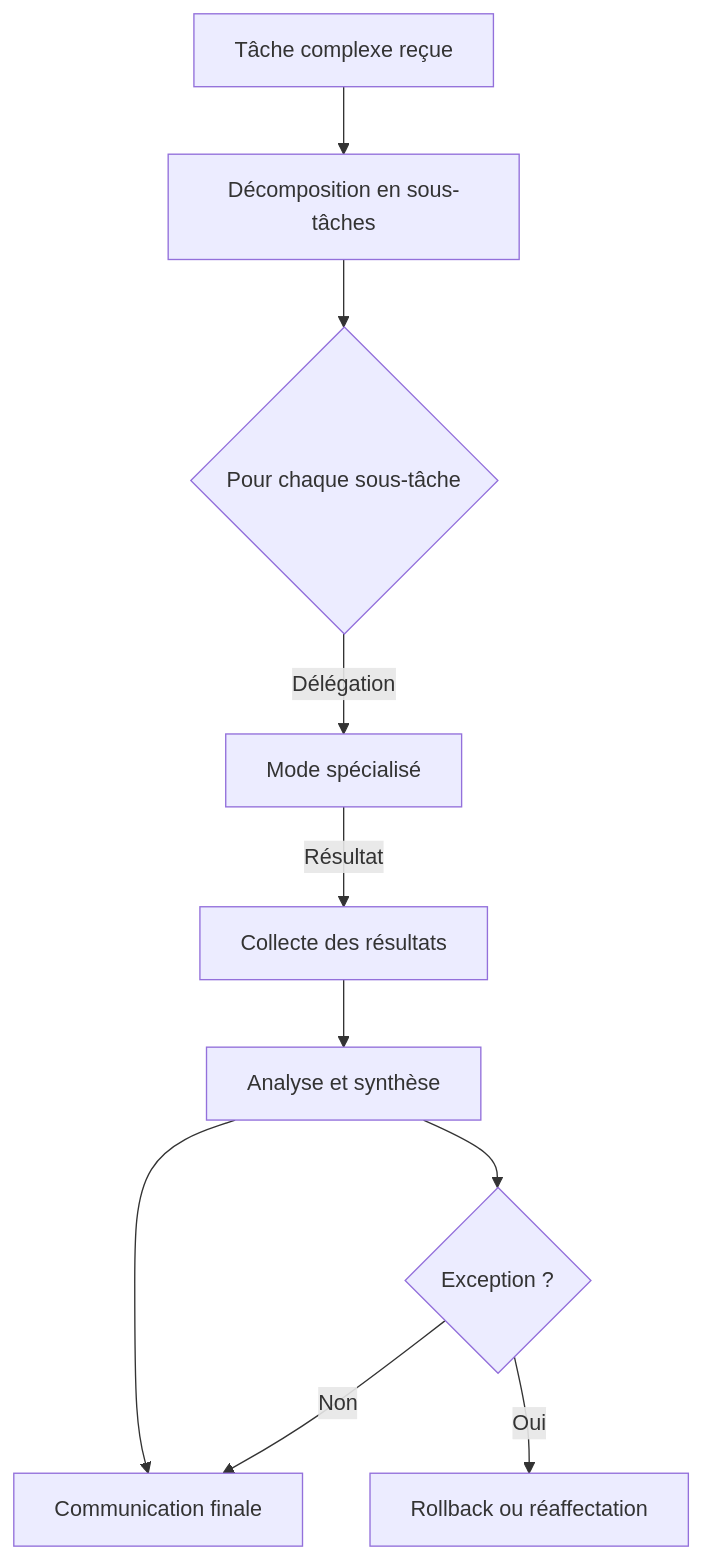
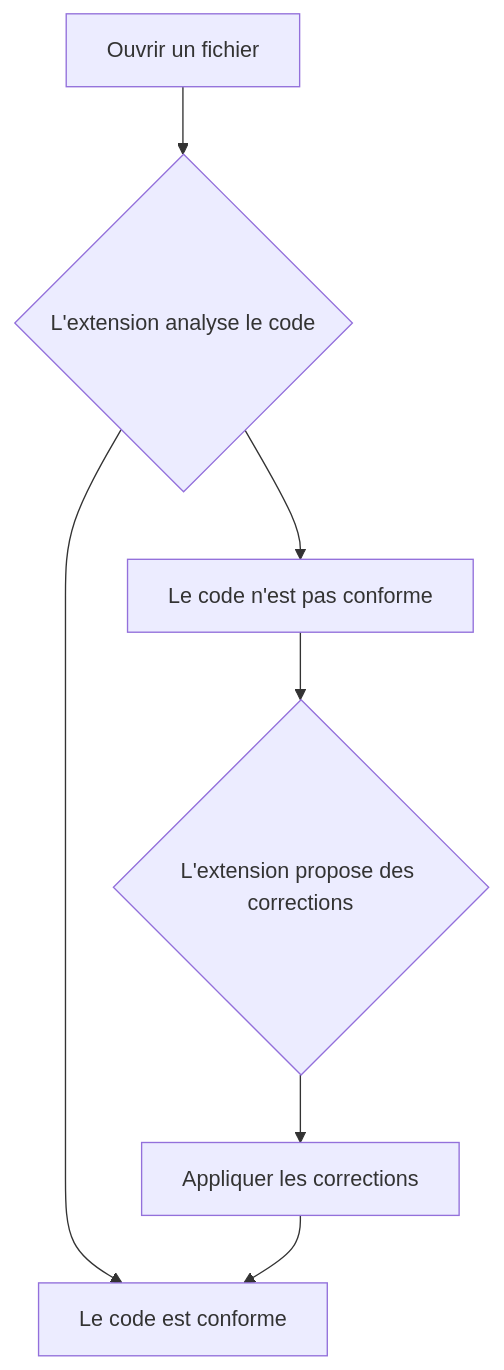
The first of 3 diagrams in .roo/rules/workflows-matrix.md (gerivdb/email-sender-1), drawn with Mermaid before and after one commit. The commit also changed other lines of this file and 20 other files, not shown here.

````diff
--- a/.roo/rules/workflows-matrix.md
+++ b/.roo/rules/workflows-matrix.md
@@ -49,12 +11,9 @@
 ```mermaid
-flowchart TD
-    A[Tâche complexe reçue] --> B[Décomposition en sous-tâches]
-    B --> C{Pour chaque sous-tâche}
-    C -->|Délégation| D[Mode spécialisé]
-    D -->|Résultat| E[Collecte des résultats]
-    E --> F[Analyse et synthèse]
-    F --> G[Communication finale]
-    F --> H{Exception ?}
-    H -->|Oui| I[Rollback ou réaffectation]
-    H -->|Non| G
+graph TD
+    A[Ouvrir un fichier] --> B{L'extension analyse le code};
+    B --> C[Le code est conforme];
+    B --> D[Le code n'est pas conforme];
+    D --> E{L'extension propose des corrections};
+    E --> F[Appliquer les corrections];
+    F --> C;
 ```
````
